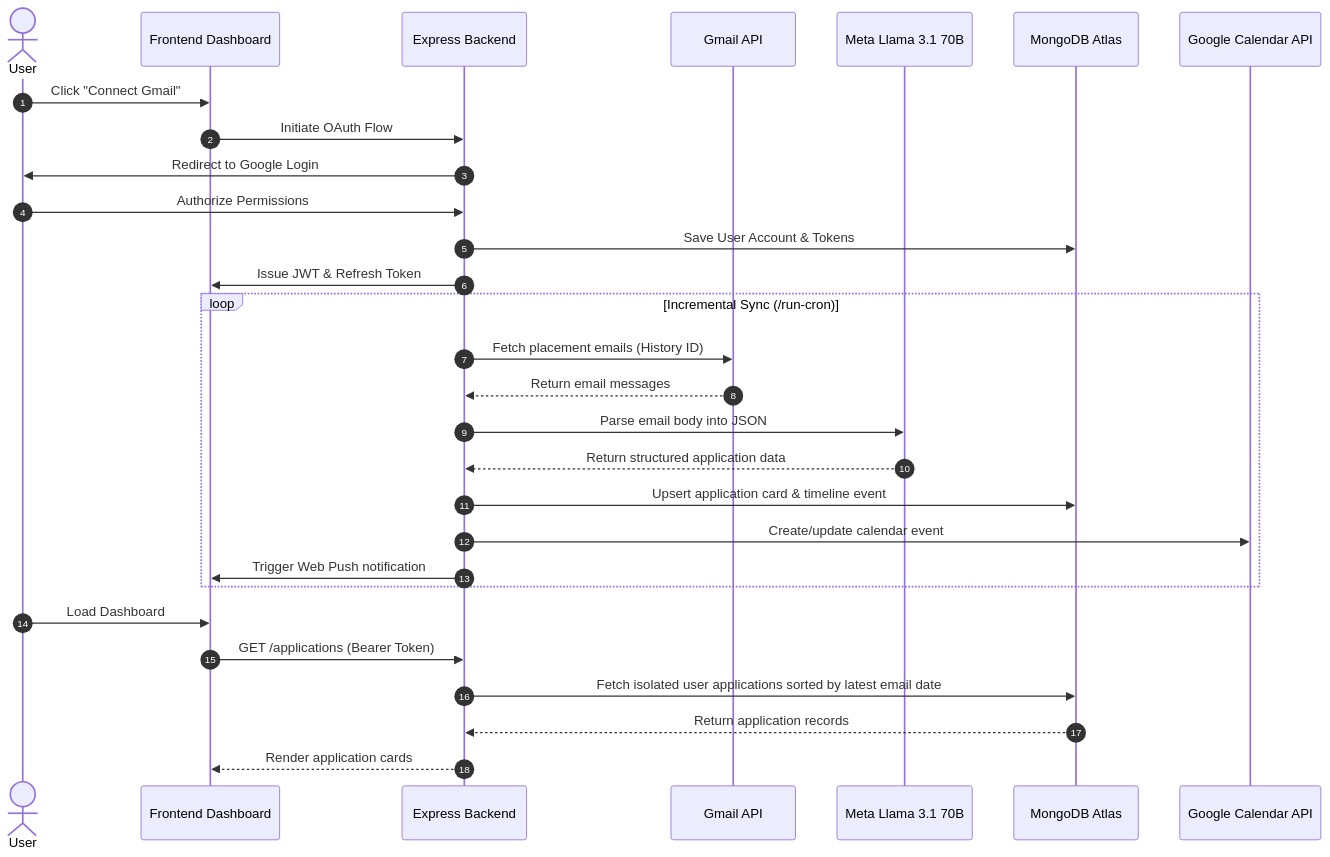
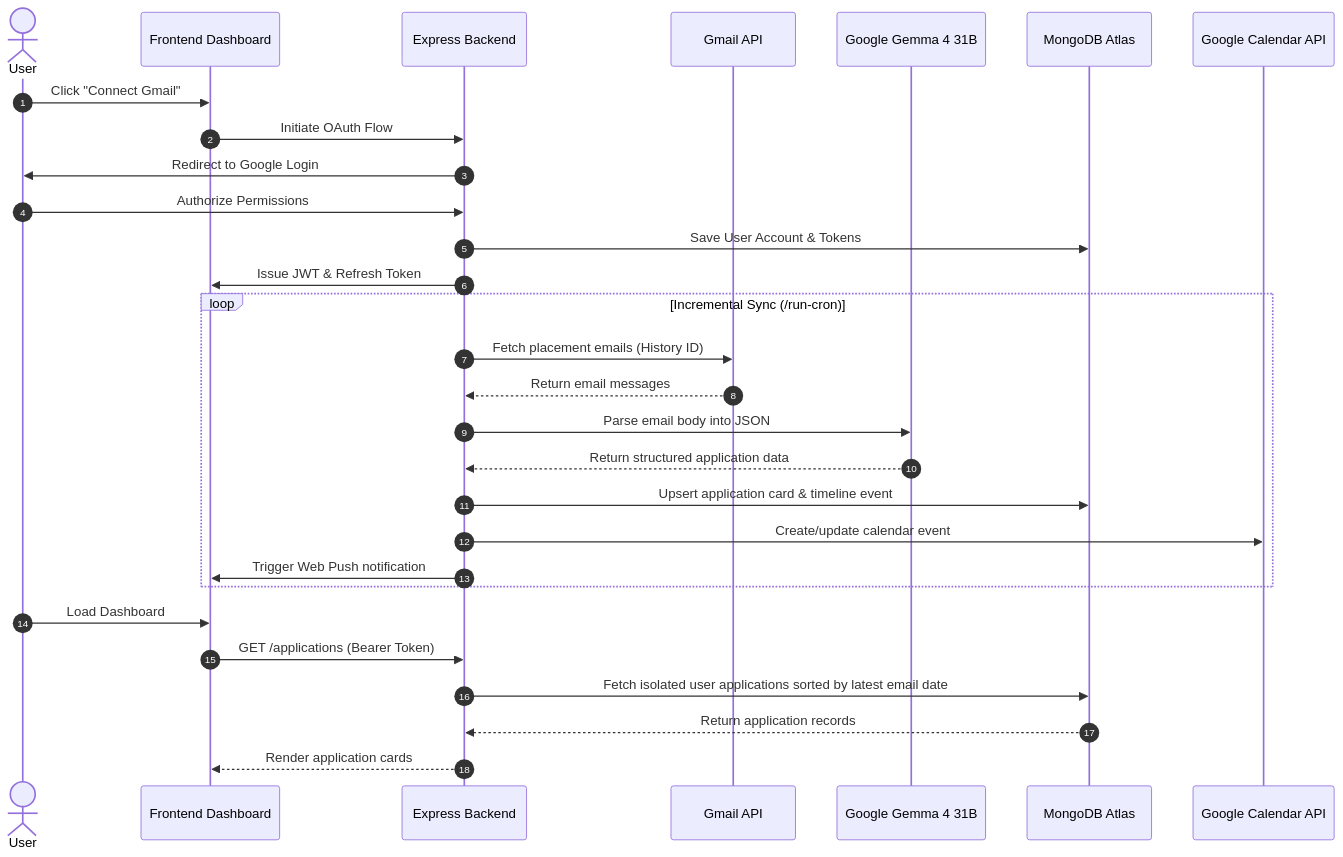
The second of 2 diagrams in README.md (tejasholla23/email-tracker), drawn with Mermaid before and after one commit. The commit also changed other lines of this file and 6 other files, not shown here.

Commit message:
Switch from llama 3.1 70b to Gemma 4 31b

````diff
--- a/README.md
+++ b/README.md
@@ -241,34 +241,34 @@
 ```mermaid
 sequenceDiagram
     autonumber
     actor User
     participant FE as Frontend Dashboard
     participant BE as Express Backend
     participant Gmail as Gmail API
-    participant LLM as Meta Llama 3.1 70B
+    participant LLM as Google Gemma 4 31B
     participant DB as MongoDB Atlas
     participant GCal as Google Calendar API
 
     User->>FE: Click "Connect Gmail"
     FE->>BE: Initiate OAuth Flow
     BE->>User: Redirect to Google Login
     User->>BE: Authorize Permissions
     BE->>DB: Save User Account & Tokens
     BE->>FE: Issue JWT & Refresh Token
 
     loop Incremental Sync (/run-cron)
         BE->>Gmail: Fetch placement emails (History ID)
         Gmail-->>BE: Return email messages
         BE->>LLM: Parse email body into JSON
         LLM-->>BE: Return structured application data
         BE->>DB: Upsert application card & timeline event
         BE->>GCal: Create/update calendar event
         BE->>FE: Trigger Web Push notification
     end
 
     User->>FE: Load Dashboard
     FE->>BE: GET /applications (Bearer Token)
     BE->>DB: Fetch isolated user applications sorted by latest email date
     DB-->>BE: Return application records
     BE-->>FE: Render application cards
 ```
````
